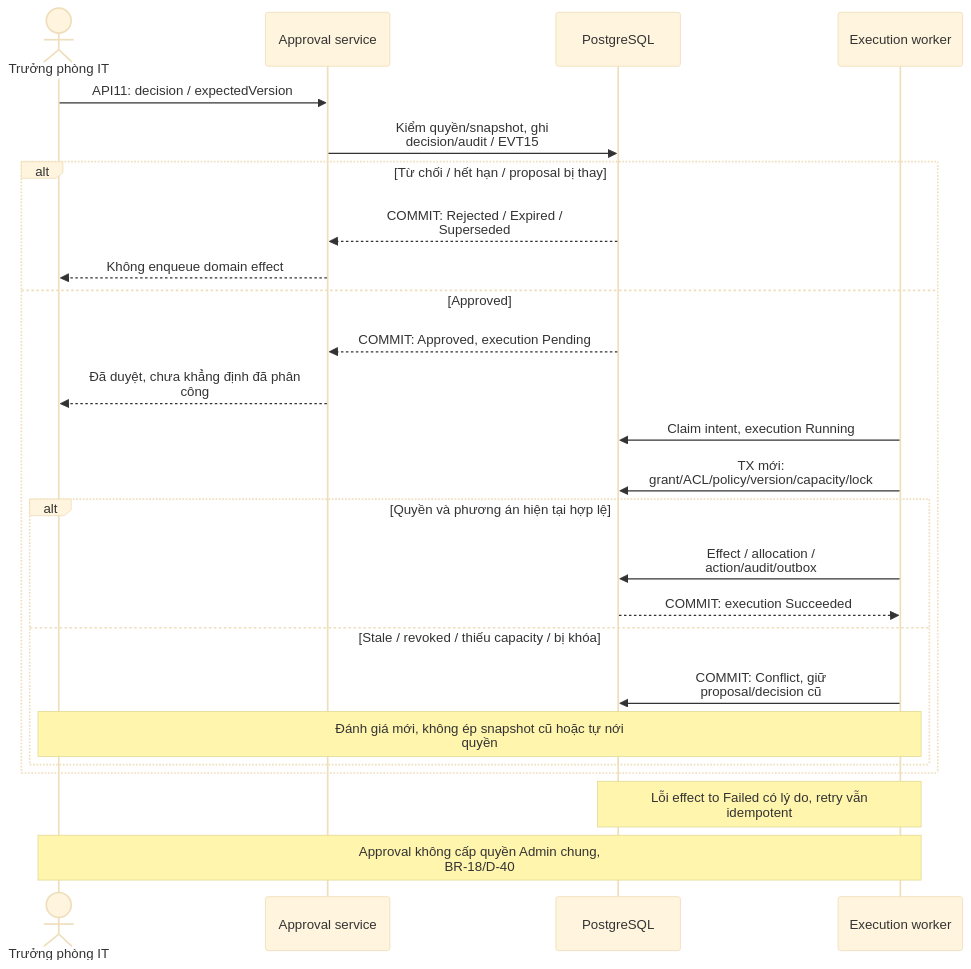
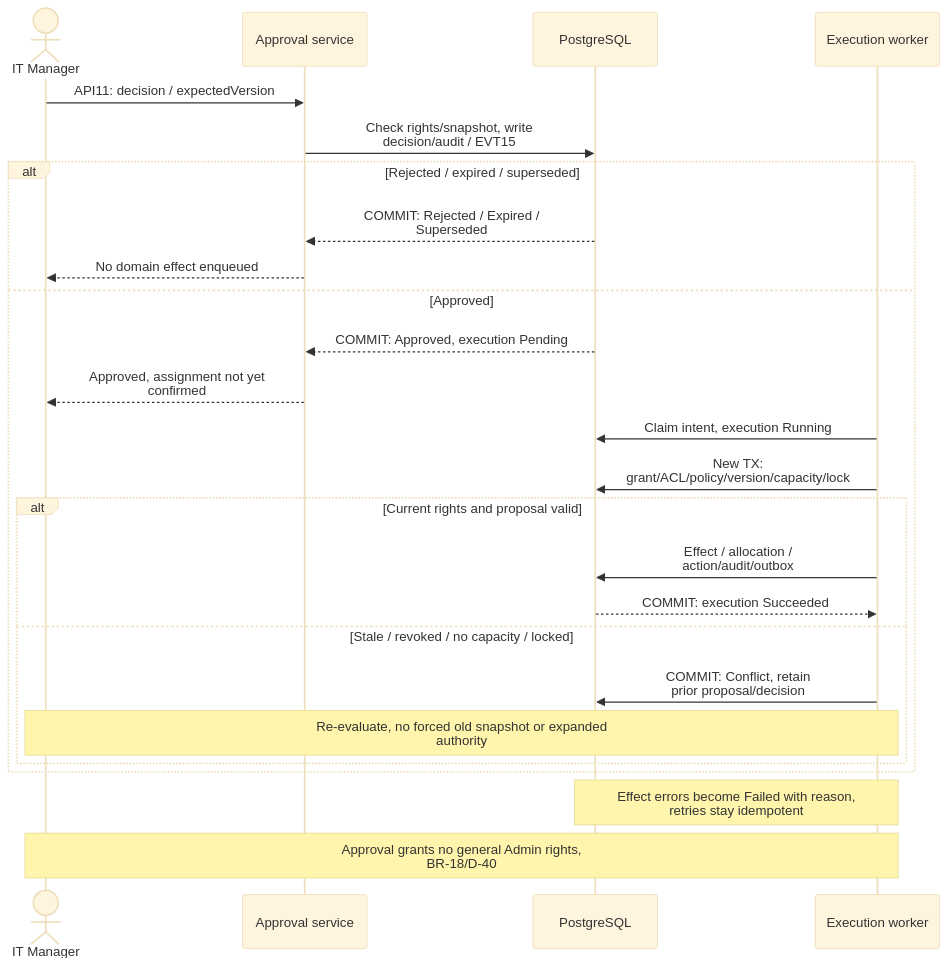
Before and after one commit to congminh1705/IT-Operation-Hub: the fourth of 5 diagrams in docs/diagrams/architecture.md, drawn with Mermaid (base theme). The commit also changed other lines of this file and 70 other files, not shown here.

Commit message:
docs(diagrams): synchronize English SVG and native XMind designs

````diff
--- a/docs/diagrams/architecture.md
+++ b/docs/diagrams/architecture.md
@@ -153,27 +153,27 @@
 ```mermaid
 sequenceDiagram
-    actor M as Trưởng phòng IT
+    actor M as IT Manager
     participant API as Approval service
     participant DB as PostgreSQL
     participant W as Execution worker
     M->>API: API11: decision / expectedVersion
-    API->>DB: Kiểm quyền/snapshot, ghi<br/>decision/audit / EVT15
-    alt Từ chối / hết hạn / proposal bị thay
+    API->>DB: Check rights/snapshot, write<br/>decision/audit / EVT15
+    alt Rejected / expired / superseded
         DB-->>API: COMMIT: Rejected / Expired /<br/>Superseded
-        API-->>M: Không enqueue domain effect
+        API-->>M: No domain effect enqueued
     else Approved
         DB-->>API: COMMIT: Approved, execution Pending
-        API-->>M: Đã duyệt, chưa khẳng định đã phân<br/>công
+        API-->>M: Approved, assignment not yet<br/>confirmed
         W->>DB: Claim intent, execution Running
-        W->>DB: TX mới:<br/>grant/ACL/policy/version/capacity/lock
-        alt Quyền và phương án hiện tại hợp lệ
+        W->>DB: New TX:<br/>grant/ACL/policy/version/capacity/lock
+        alt Current rights and proposal valid
             W->>DB: Effect / allocation /<br/>action/audit/outbox
             DB-->>W: COMMIT: execution Succeeded
-        else Stale / revoked / thiếu capacity / bị khóa
-            W->>DB: COMMIT: Conflict, giữ<br/>proposal/decision cũ
-            Note over M,W: Đánh giá mới, không ép snapshot cũ hoặc tự nới<br/>quyền
+        else Stale / revoked / no capacity / locked
+            W->>DB: COMMIT: Conflict, retain<br/>prior proposal/decision
+            Note over M,W: Re-evaluate, no forced old snapshot or expanded<br/>authority
         end
     end
-    Note over W,DB: Lỗi effect to Failed có lý do, retry vẫn<br/>idempotent
-    Note over M,W: Approval không cấp quyền Admin chung,<br/>BR-18/D-40
+    Note over W,DB: Effect errors become Failed with reason,<br/>retries stay idempotent
+    Note over M,W: Approval grants no general Admin rights,<br/>BR-18/D-40
 ```
````
